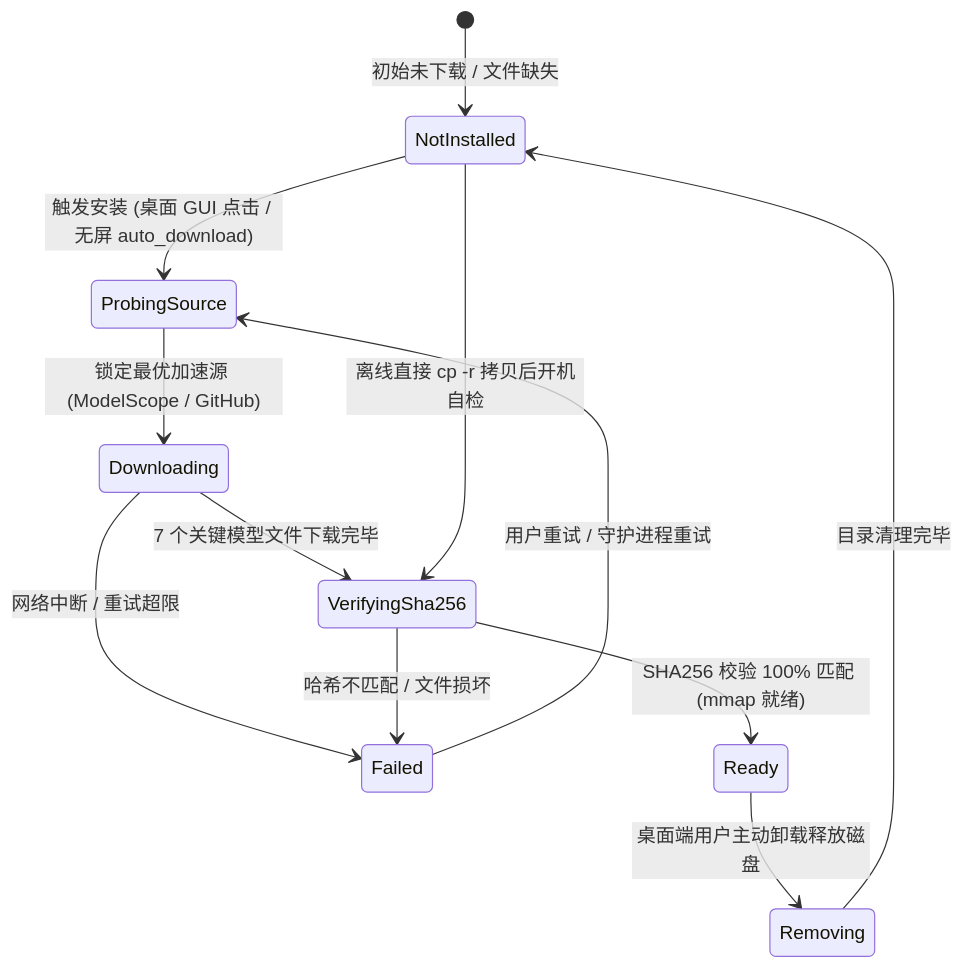
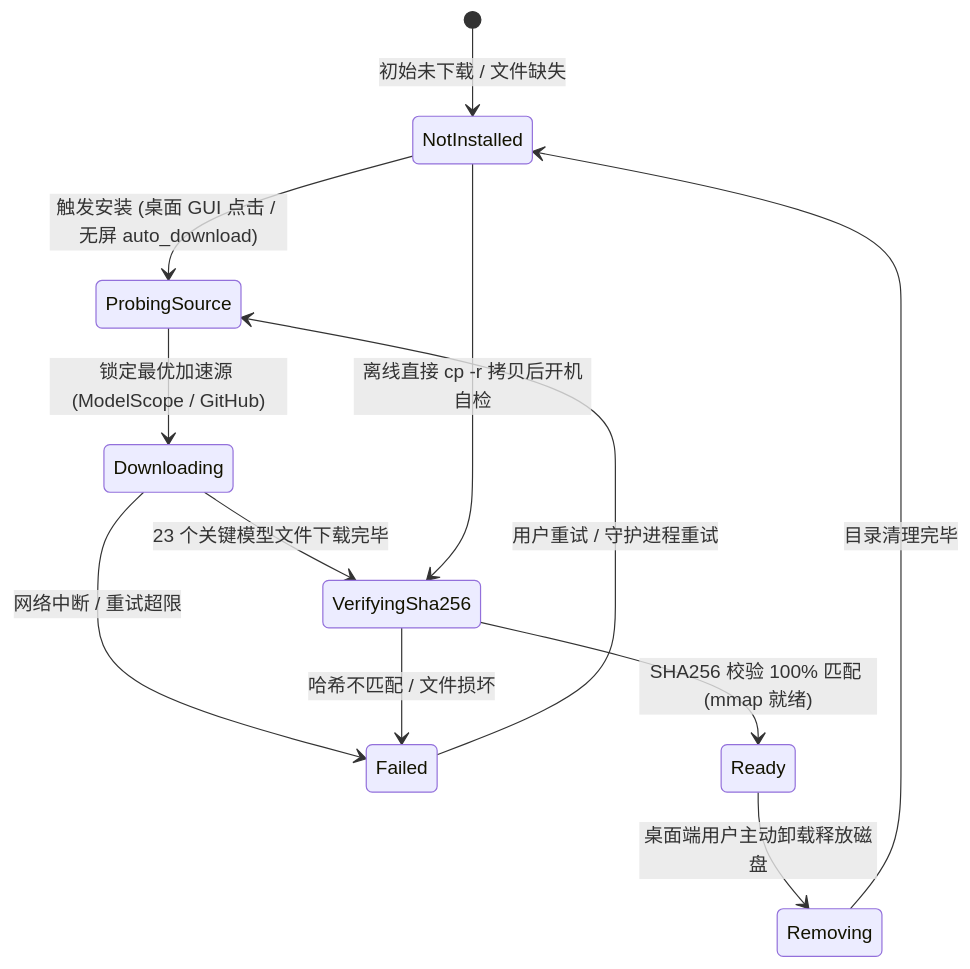
Before and after one commit to Michael-Lfx/allo: the diagram in docs/architecture/voice-agent/model-management.zh.md, drawn with Mermaid. The commit also changed other lines of this file and 11 other files, not shown here.

````diff
--- a/docs/architecture/voice-agent/model-management.zh.md
+++ b/docs/architecture/voice-agent/model-management.zh.md
@@ -65,14 +73,14 @@
 ```mermaid
 stateDiagram-v2
     [*] --> NotInstalled: 初始未下载 / 文件缺失
     NotInstalled --> ProbingSource: 触发安装 (桌面 GUI 点击 / 无屏 auto_download)
     ProbingSource --> Downloading: 锁定最优加速源 (ModelScope / GitHub)
-    Downloading --> VerifyingSha256: 7 个关键模型文件下载完毕
+    Downloading --> VerifyingSha256: 23 个关键模型文件下载完毕
     Downloading --> Failed: 网络中断 / 重试超限
     VerifyingSha256 --> Ready: SHA256 校验 100% 匹配 (mmap 就绪)
     VerifyingSha256 --> Failed: 哈希不匹配 / 文件损坏
     Failed --> ProbingSource: 用户重试 / 守护进程重试
     Ready --> Removing: 桌面端用户主动卸载释放磁盘
     Removing --> NotInstalled: 目录清理完毕
     NotInstalled --> VerifyingSha256: 离线直接 cp -r 拷贝后开机自检
 ```
````
